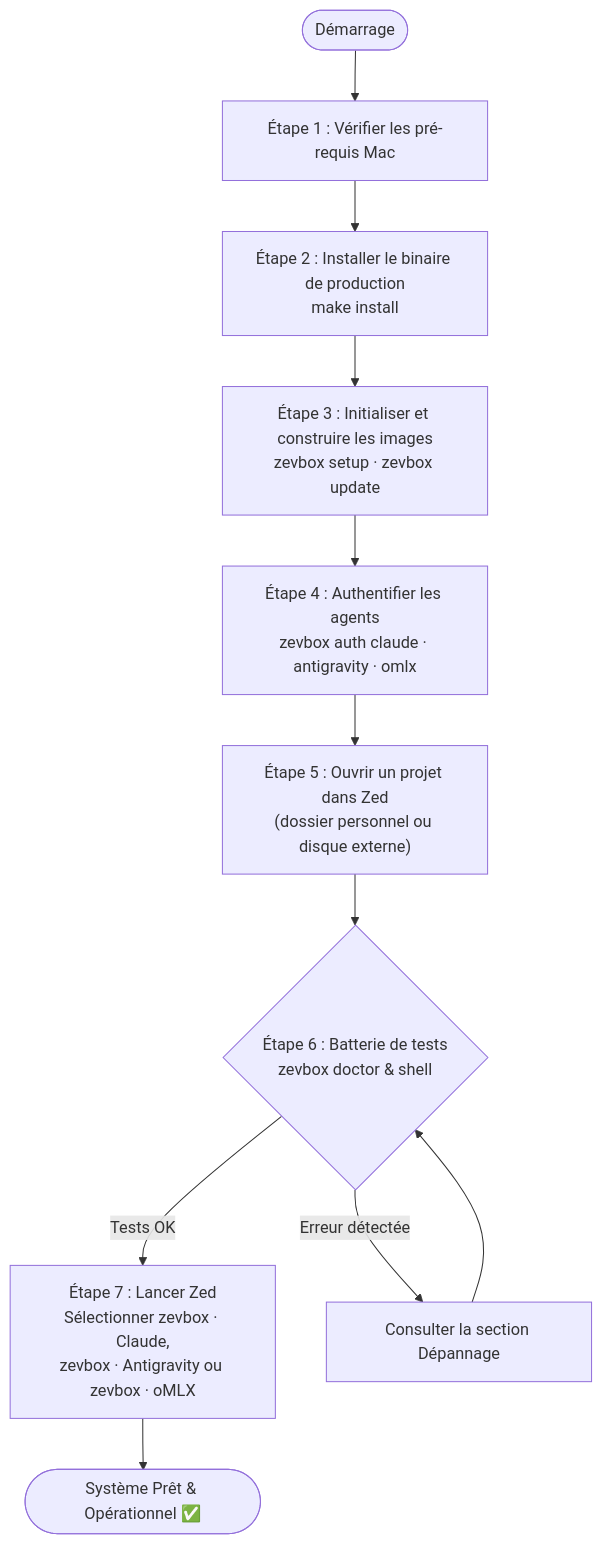
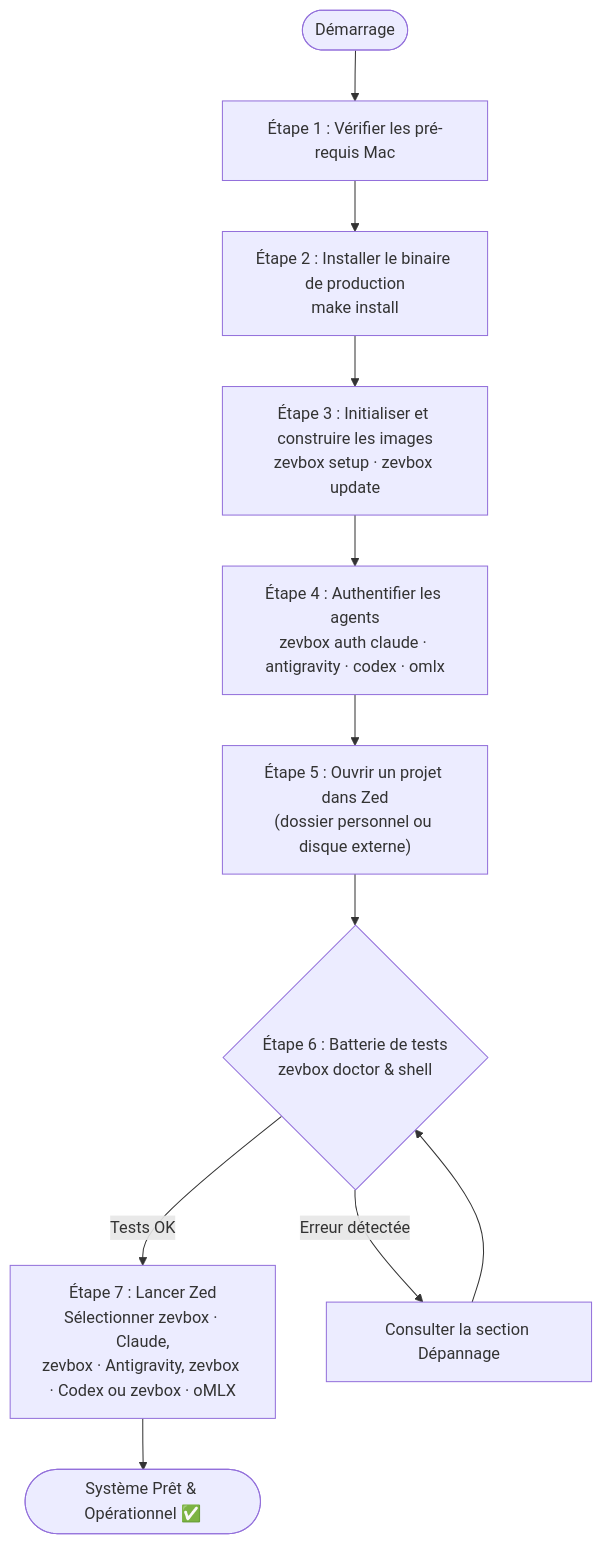
Before and after one commit to brainztorm/zevbox: the first of 3 diagrams in docs/fr/GUIDE_UTILISATEUR.md, drawn with Mermaid. The commit also changed other lines of this file and 28 other files, not shown here.

````diff
--- a/docs/fr/GUIDE_UTILISATEUR.md
+++ b/docs/fr/GUIDE_UTILISATEUR.md
@@ -15,15 +15,15 @@
 ```mermaid
 flowchart TD
     Start(["Démarrage"]) --> Step1["Étape 1 : Vérifier les pré-requis Mac"]
     Step1 --> Step2["Étape 2 : Installer le binaire de production\nmake install"]
     Step2 --> Step3["Étape 3 : Initialiser et construire les images\nzevbox setup · zevbox update"]
-    Step3 --> Step4["Étape 4 : Authentifier les agents\nzevbox auth claude · antigravity · omlx"]
+    Step3 --> Step4["Étape 4 : Authentifier les agents\nzevbox auth claude · antigravity · codex · omlx"]
     Step4 --> Step4b["Étape 5 : Ouvrir un projet dans Zed\n(dossier personnel ou disque externe)"]
     Step4b --> Step5{"Étape 6 : Batterie de tests\nzevbox doctor & shell"}
     
-    Step5 -- "Tests OK" --> Step6["Étape 7 : Lancer Zed\nSélectionner zevbox · Claude,\nzevbox · Antigravity ou zevbox · oMLX"]
+    Step5 -- "Tests OK" --> Step6["Étape 7 : Lancer Zed\nSélectionner zevbox · Claude,\nzevbox · Antigravity, zevbox · Codex ou zevbox · oMLX"]
     Step5 -- "Erreur détectée" --> Fix["Consulter la section Dépannage"]
     Fix --> Step5
 
     Step6 --> Done(["Système Prêt & Opérationnel ✅"])
 ```
````
